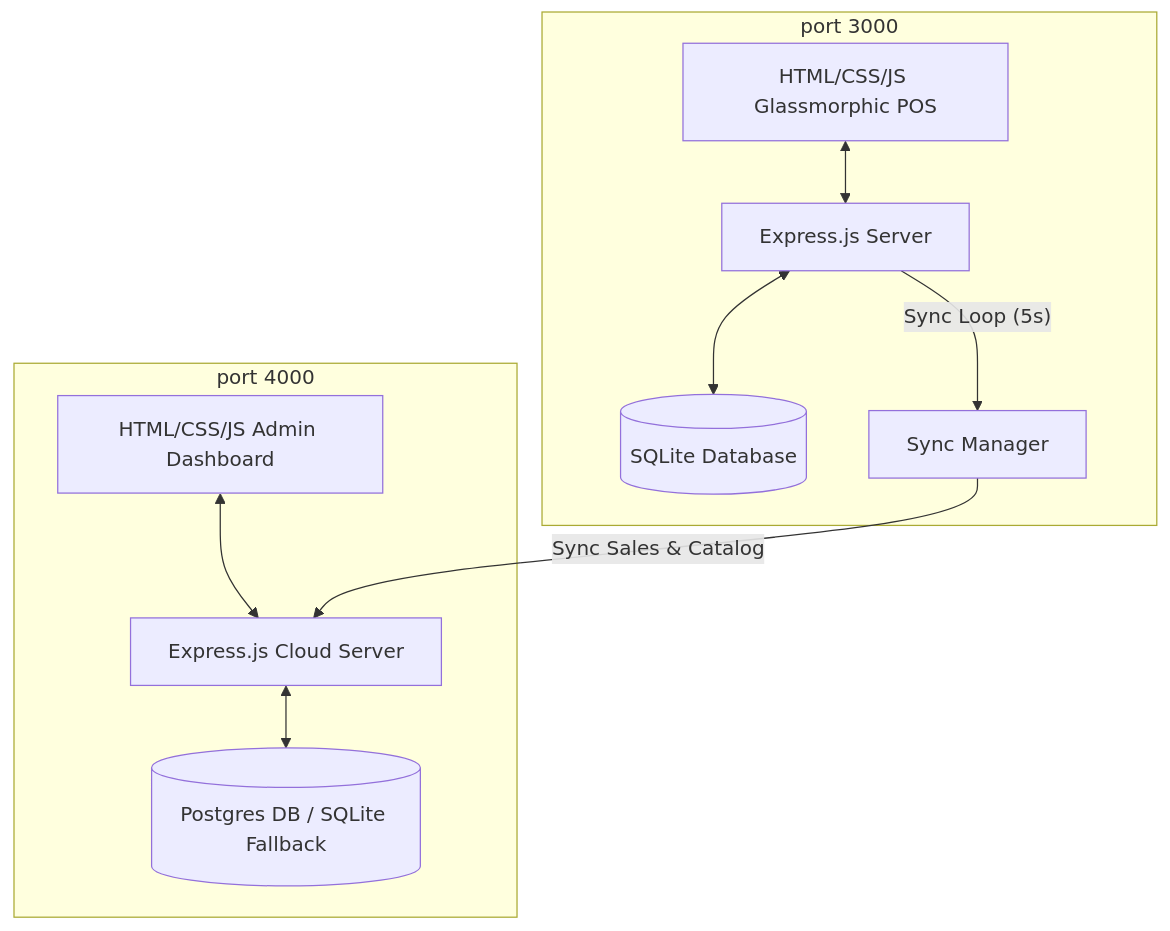
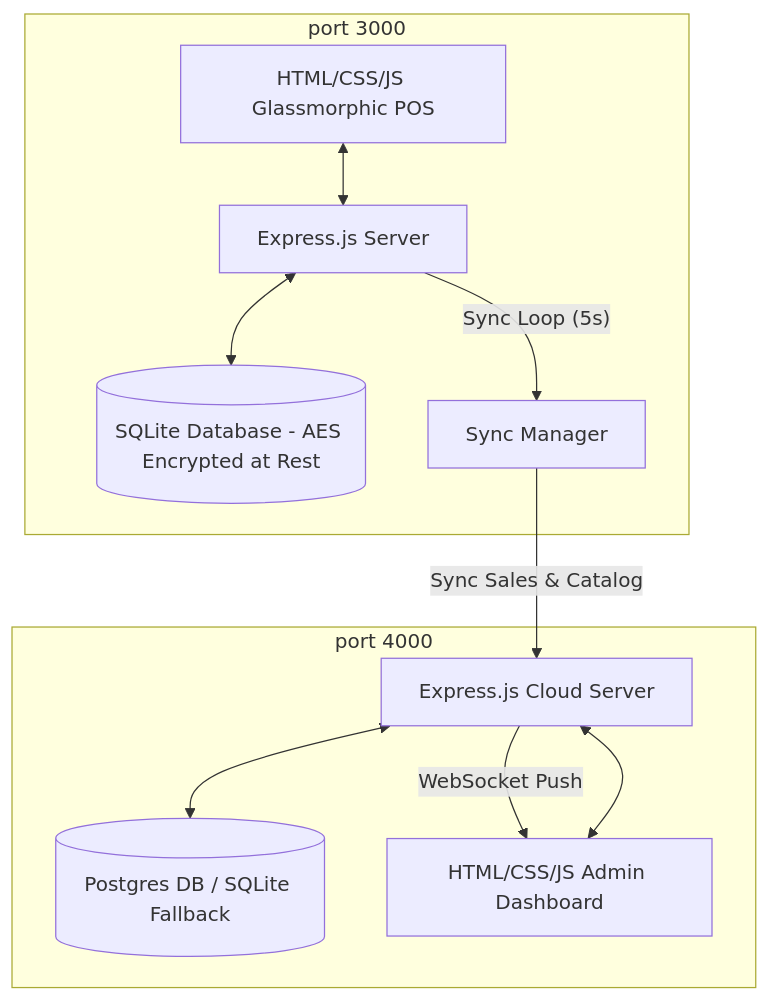
One commit to SadeepSachintha/Sync-Retail changed the diagram in README.md. Above: the diagram before and after it, drawn with Mermaid. The commit also changed other lines of this file and 1 other file, not shown here.

Commit message:
feat: implement AES-256-CBC database encryption, barcode scanner emulation, WebSocket dashboard syncing, and incremental catalog replication.

````diff
--- a/README.md
+++ b/README.md
@@ -39,15 +51,16 @@
 ```mermaid
 graph TD
     subgraph Local POS Client [port 3000]
         POS_UI[HTML/CSS/JS Glassmorphic POS] <--> POS_API[Express.js Server]
-        POS_API <--> Local_DB[(SQLite Database)]
+        POS_API <--> Local_DB[(SQLite Database - AES Encrypted at Rest)]
         POS_API -- Sync Loop (5s) --> Sync_Manager[Sync Manager]
     end
 
     subgraph Central Cloud [port 4000]
         Cloud_API[Express.js Cloud Server] <--> Cloud_DB[(Postgres DB / SQLite Fallback)]
         Cloud_Dashboard[HTML/CSS/JS Admin Dashboard] <--> Cloud_API
     end
 
     Sync_Manager -- Sync Sales & Catalog --> Cloud_API
+    Cloud_API -- WebSocket Push --> Cloud_Dashboard
 ```
````
